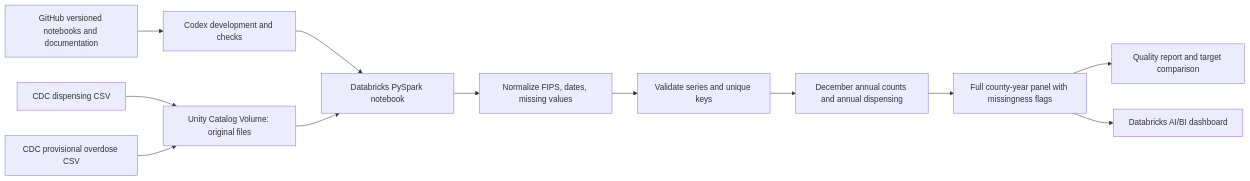
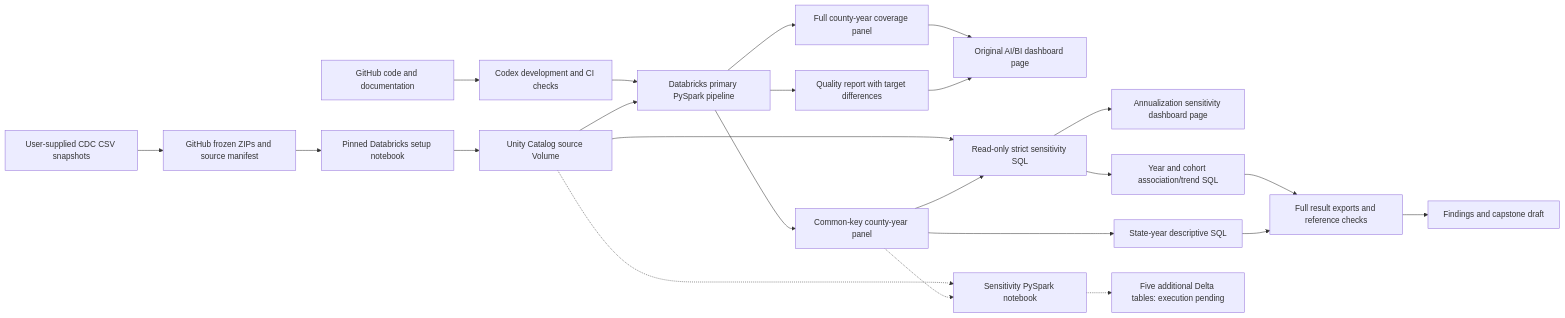
Before and after one commit to dheritageprojects/DS670Capstone: the diagram in docs/architecture.md, drawn with Mermaid. The commit also changed other lines of this file and 12 other files, not shown here.

Commit message:
Add capstone draft, requirements audit, and reproducibility handoff

````diff
--- a/docs/architecture.md
+++ b/docs/architecture.md
@@ -3,14 +3,25 @@
 ```mermaid
 flowchart LR
-    A[CDC dispensing CSV] --> C[Unity Catalog Volume: original files]
-    B[CDC provisional overdose CSV] --> C
-    G[GitHub versioned notebooks and documentation] --> D[Codex development and checks]
-    D --> E[Databricks PySpark notebook]
-    C --> E
-    E --> F[Normalize FIPS, dates, missing values]
-    F --> H[Validate series and unique keys]
-    H --> I[December annual counts and annual dispensing]
-    I --> J[Full county-year panel with missingness flags]
-    J --> K[Quality report and target comparison]
-    J --> L[Databricks AI/BI dashboard]
+    CDC[User-supplied CDC CSV snapshots] --> ZIP[GitHub frozen ZIPs and source manifest]
+    ZIP --> SETUP[Pinned Databricks setup notebook]
+    SETUP --> VOL[Unity Catalog source Volume]
+    CODE[GitHub code and documentation] --> DEV[Codex development and CI checks]
+    DEV --> PRIMARY[Databricks primary PySpark pipeline]
+    VOL --> PRIMARY
+    PRIMARY --> FULL[Full county-year coverage panel]
+    PRIMARY --> COMMON[Common-key county-year panel]
+    PRIMARY --> QUALITY[Quality report with target differences]
+    FULL --> DASH[Original AI/BI dashboard page]
+    QUALITY --> DASH
+    VOL --> LIVE[Read-only strict sensitivity SQL]
+    COMMON --> LIVE
+    LIVE --> PAGE[Annualization sensitivity dashboard page]
+    LIVE --> ANALYSIS[Year and cohort association/trend SQL]
+    COMMON --> GEO[State-year descriptive SQL]
+    ANALYSIS --> EXPORT[Full result exports and reference checks]
+    GEO --> EXPORT
+    EXPORT --> REPORT[Findings and capstone draft]
+    VOL -.-> SENS[Sensitivity PySpark notebook]
+    COMMON -.-> SENS
+    SENS -.-> TABLES[Five additional Delta tables: execution pending]
 ```
````
